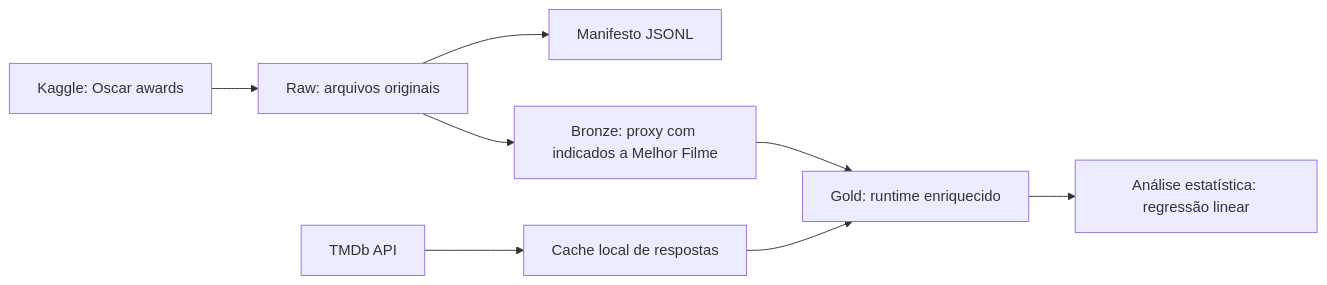
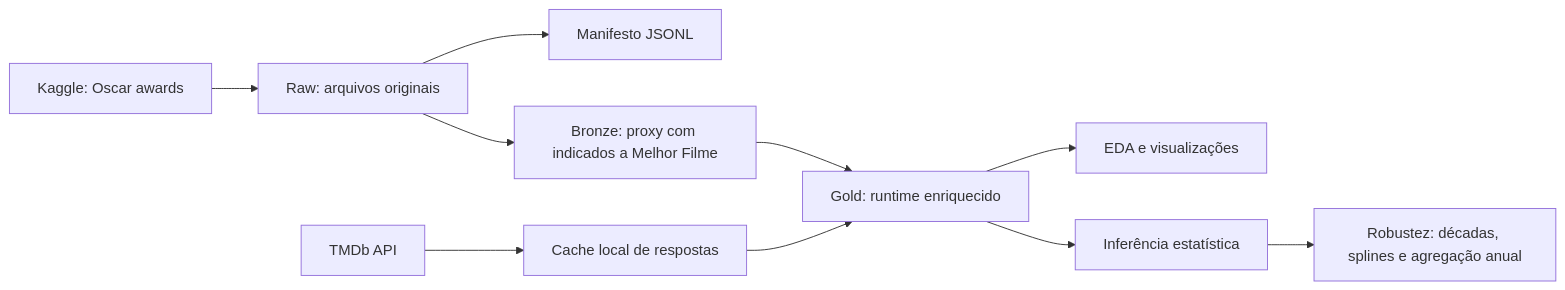
The diagram in cinematic_chronos/README.md (alexcamargos/data-scientist), drawn with Mermaid before and after one commit. The commit also changed other lines of this file and 6 other files, not shown here.

````diff
--- a/cinematic_chronos/README.md
+++ b/cinematic_chronos/README.md
@@ -104,10 +110,12 @@
 ```mermaid
 flowchart LR
     Kaggle["Kaggle: Oscar awards"] --> Raw["Raw: arquivos originais"]
     Raw --> Manifest["Manifesto JSONL"]
     Raw --> Bronze["Bronze: proxy com indicados a Melhor Filme"]
     Bronze --> Gold["Gold: runtime enriquecido"]
     TMDb["TMDb API"] --> Cache["Cache local de respostas"]
     Cache --> Gold
-    Gold --> Analysis["Análise estatística: regressão linear"]
+    Gold --> EDA["EDA e visualizações"]
+    Gold --> Inference["Inferência estatística"]
+    Inference --> Robustness["Robustez: décadas, splines e agregação anual"]
 ```
````
